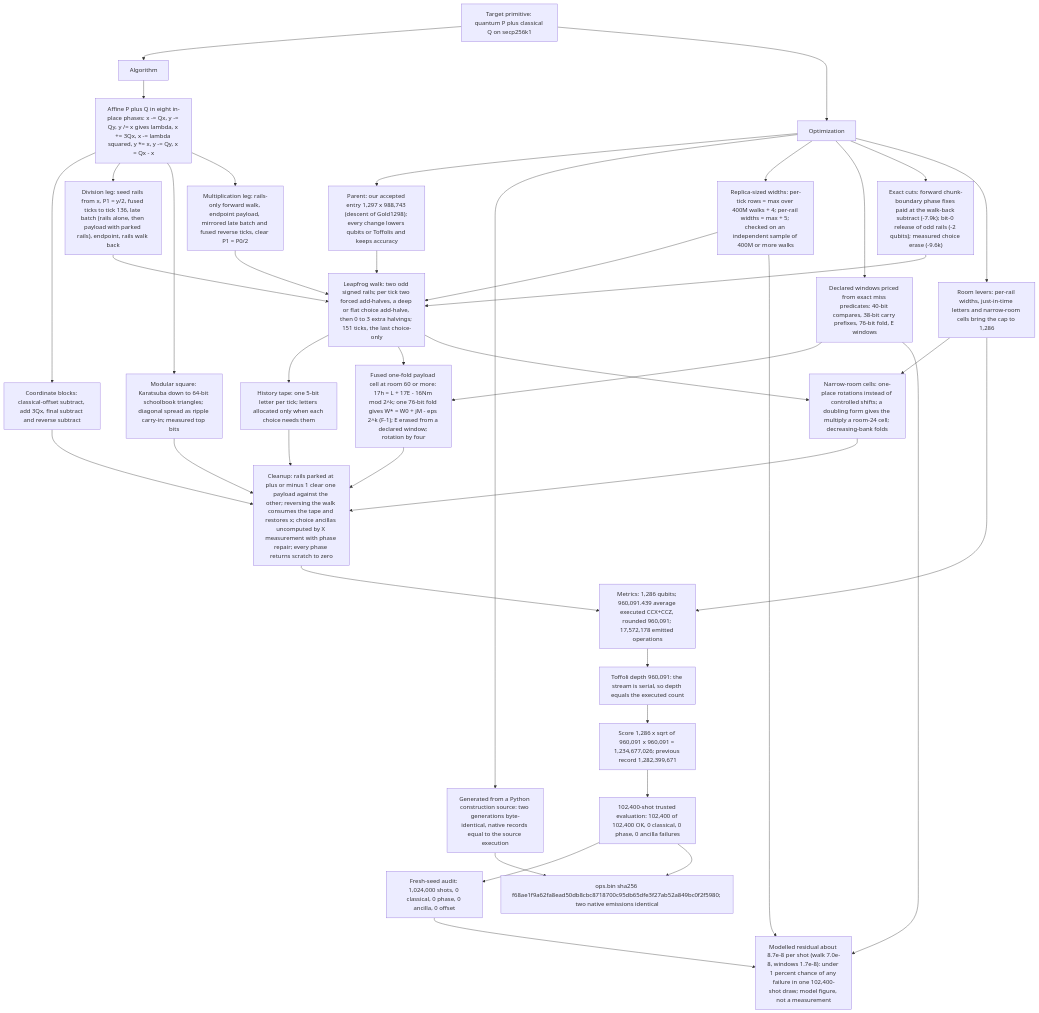
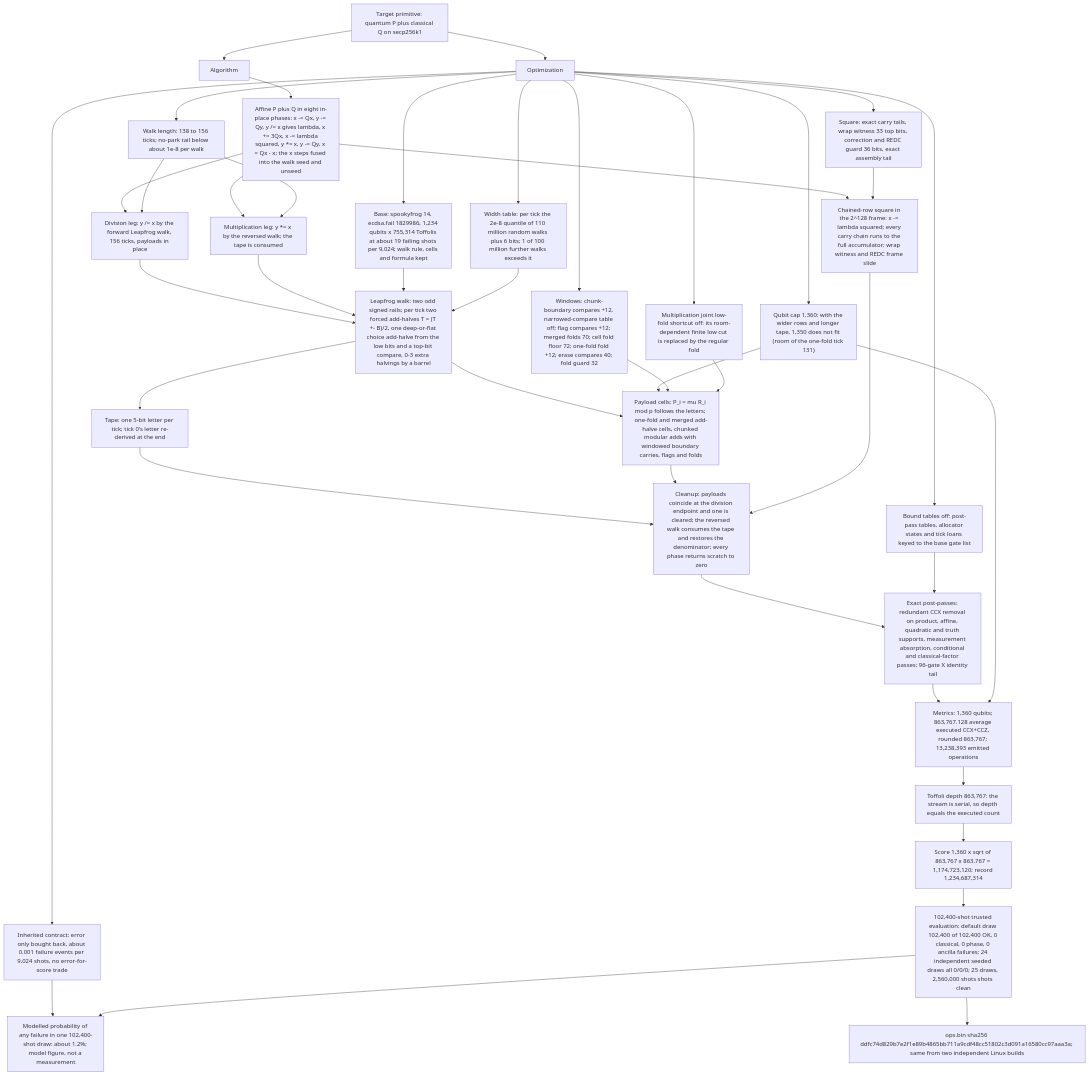
Before and after one commit to ecdlp-contest/ecdlp-point-add: the diagram in src/point_add/architecture.mmd, drawn with Mermaid. The commit also changed 155 other files, not shown here.

```diff
--- a/src/point_add/architecture.mmd
+++ b/src/point_add/architecture.mmd
@@ -1,76 +1,78 @@
 flowchart TD
   Target["Target primitive: quantum P plus classical Q on secp256k1"]
   Algorithm["Algorithm"]
   Optimization["Optimization"]
 
   Target --> Algorithm
   Target --> Optimization
 
   %% Algorithm: the reversible point-add construction
-  Phases["Affine P plus Q in eight in-place phases: x -= Qx, y -= Qy, y /= x gives lambda, x += 3Qx, x -= lambda squared, y *= x, y -= Qy, x = Qx - x"]
-  Coord["Coordinate blocks: classical-offset subtract, add 3Qx, final subtract and reverse subtract"]
-  Square["Modular square: Karatsuba down to 64-bit schoolbook triangles; diagonal spread as ripple carry-in; measured top bits"]
-  DivLeg["Division leg: seed rails from x, P1 = y/2, fused ticks to tick 136, late batch (rails alone, then payload with parked rails), endpoint, rails walk back"]
-  MulLeg["Multiplication leg: rails-only forward walk, endpoint payload, mirrored late batch and fused reverse ticks, clear P1 = P0/2"]
-  Walk["Leapfrog walk: two odd signed rails; per tick two forced add-halves, a deep or flat choice add-halve, then 0 to 3 extra halvings; 151 ticks, the last choice-only"]
-  Tape["History tape: one 5-bit letter per tick; letters allocated only when each choice needs them"]
-  Fused["Fused one-fold payload cell at room 60 or more: 17h = L + 17E - 16Nm mod 2^k; one 76-bit fold gives W* = W0 + jM - eps 2^k (F-1); E erased from a declared window; rotation by four"]
-  Narrow["Narrow-room cells: one-place rotations instead of controlled shifts; a doubling form gives the multiply a room-24 cell; decreasing-bank folds"]
-  Cleanup["Cleanup: rails parked at plus or minus 1 clear one payload against the other; reversing the walk consumes the tape and restores x; choice ancillas uncomputed by X measurement with phase repair; every phase returns scratch to zero"]
+  Phases["Affine P plus Q in eight in-place phases: x -= Qx, y -= Qy, y /= x gives lambda, x += 3Qx, x -= lambda squared, y *= x, y -= Qy, x = Qx - x; the x steps fused into the walk seed and unseed"]
+  DivLeg["Division leg: y /= x by the forward Leapfrog walk, 156 ticks, payloads in place"]
+  Square["Chained-row square in the 2^128 frame: x -= lambda squared; every carry chain runs to the full accumulator; wrap witness and REDC frame slide"]
+  MulLeg["Multiplication leg: y *= x by the reversed walk; the tape is consumed"]
+  Walk["Leapfrog walk: two odd signed rails; per tick two forced add-halves T = (T +- B)/2, one deep-or-flat choice add-halve from the low bits and a top-bit compare, 0-3 extra halvings by a barrel"]
+  Tape["Tape: one 5-bit letter per tick; tick 0's letter re-derived at the end"]
+  Cells["Payload cells: P_i = mu R_i mod p follows the letters; one-fold and merged add-halve cells, chunked modular adds with windowed boundary carries, flags and folds"]
+  Cleanup["Cleanup: payloads coincide at the division endpoint and one is cleared; the reversed walk consumes the tape and restores the denominator; every phase returns scratch to zero"]
+  Post["Exact post-passes: redundant CCX removal on product, affine, quadratic and truth supports, measurement absorption, conditional and classical-factor passes; 96-gate X identity tail"]
 
   Algorithm --> Phases
-  Phases --> Coord
   Phases --> DivLeg
   Phases --> Square
   Phases --> MulLeg
   DivLeg --> Walk
   MulLeg --> Walk
   Walk --> Tape
-  Walk --> Fused
-  Walk --> Narrow
+  Walk --> Cells
   Tape --> Cleanup
-  Fused --> Cleanup
-  Narrow --> Cleanup
-  Coord --> Cleanup
+  Cells --> Cleanup
   Square --> Cleanup
+  Cleanup --> Post
 
   %% Optimization: score and reliability decisions
-  Parent["Parent: our accepted entry 1,297 x 988,743 (descent of Gold1298); every change lowers qubits or Toffolis and keeps accuracy"]
-  Source["Generated from a Python construction source: two generations byte-identical, native records equal to the source execution"]
-  Rows["Replica-sized widths: per-tick rows = max over 400M walks + 4; per-rail widths = max + 5; checked on an independent sample of 400M or more walks"]
-  Windows["Declared windows priced from exact miss predicates: 40-bit compares, 38-bit carry prefixes, 76-bit fold, E windows"]
-  Exact["Exact cuts: forward chunk-boundary phase fixes paid at the walk-back subtract (-7.9k); bit-0 release of odd rails (-2 qubits); measured choice erase (-9.6k)"]
-  Room["Room levers: per-rail widths, just-in-time letters and narrow-room cells bring the cap to 1,286"]
+  Base["Base: spookyfrog 14, ecdsa.fail 1829986, 1,234 qubits x 755,314 Toffolis at about 19 failing shots per 9,024; walk rule, cells and formula kept"]
+  Length["Walk length: 138 to 156 ticks; no-park tail below about 1e-8 per walk"]
+  Widths["Width table: per tick the 2e-8 quantile of 110 million random walks plus 6 bits; 1 of 100 million further walks exceeds it"]
+  Cap["Qubit cap 1,360: with the wider rows and longer tape, 1,350 does not fit (room of the one-fold tick 131)"]
+  Windows["Windows: chunk-boundary compares +12, narrowed-compare table off; flag compares +12; merged folds 70; cell fold floor 72; one-fold fold +12; erase compares 40; fold guard 32"]
+  SqExact["Square: exact carry tails, wrap witness 33 top bits, correction and REDC guard 36 bits, exact assembly tail"]
+  JointOff["Multiplication joint low-fold shortcut off: its room-dependent finite low cut is replaced by the regular fold"]
+  Unbound["Bound tables off: post-pass tables, allocator states and tick loans keyed to the base gate list"]
+  Contract["Inherited contract: error only bought back, about 0.001 failure events per 9,024 shots, no error-for-score trade"]
 
-  Optimization --> Parent
-  Optimization --> Source
-  Optimization --> Rows
+  Optimization --> Base
+  Optimization --> Length
+  Optimization --> Widths
+  Optimization --> Cap
   Optimization --> Windows
-  Optimization --> Exact
-  Optimization --> Room
-  Parent --> Walk
-  Rows --> Walk
-  Windows --> Fused
-  Exact --> Walk
-  Room --> Narrow
+  Optimization --> SqExact
+  Optimization --> JointOff
+  Optimization --> Unbound
+  Optimization --> Contract
+  Base --> Walk
+  Length --> DivLeg
+  Length --> MulLeg
+  Widths --> Walk
+  Cap --> Cells
+  Windows --> Cells
+  SqExact --> Square
+  Unbound --> Post
+  JointOff --> Cells
 
   %% Metrics, depth and validation evidence
-  Metrics["Metrics: 1,286 qubits; 960,091.439 average executed CCX+CCZ, rounded 960,091; 17,572,178 emitted operations"]
-  Depth["Toffoli depth 960,091: the stream is serial, so depth equals the executed count"]
-  Score["Score 1,286 x sqrt of 960,091 x 960,091 = 1,234,677,026; previous record 1,282,399,671"]
-  Validation["102,400-shot trusted evaluation: 102,400 of 102,400 OK, 0 classical, 0 phase, 0 ancilla failures"]
-  Audit["Fresh-seed audit: 1,024,000 shots, 0 classical, 0 phase, 0 ancilla, 0 offset"]
-  Model["Modelled residual about 8.7e-8 per shot (walk 7.0e-8, windows 1.7e-8): under 1 percent chance of any failure in one 102,400-shot draw; model figure, not a measurement"]
-  Artifact["ops.bin sha256 f68ae1f9a62fa8ead50db8cbc8718700c95db65dfe3f27ab52a849bc0f2f5980; two native emissions identical"]
+  Metrics["Metrics: 1,360 qubits; 863,767.128 average executed CCX+CCZ, rounded 863,767; 13,238,393 emitted operations"]
+  Depth["Toffoli depth 863,767: the stream is serial, so depth equals the executed count"]
+  Score["Score 1,360 x sqrt of 863,767 x 863,767 = 1,174,723,120; record 1,234,687,314"]
+  Validation["102,400-shot trusted evaluation: default draw 102,400 of 102,400 OK, 0 classical, 0 phase, 0 ancilla failures; 24 independent seeded draws all 0/0/0; 25 draws, 2,560,000 shots shots clean"]
+  Model["Modelled probability of any failure in one 102,400-shot draw: about 1.2%; model figure, not a measurement"]
+  Artifact["ops.bin sha256 ddfc74d829b7e2f1e89b4865bb711a9cdf48cc51802c3d091a16580cc97aaa3a; same from two independent Linux builds"]
 
-  Cleanup --> Metrics
-  Room --> Metrics
+  Post --> Metrics
+  Cap --> Metrics
   Metrics --> Depth
   Depth --> Score
   Score --> Validation
-  Validation --> Audit
-  Rows --> Model
-  Windows --> Model
-  Audit --> Model
+  Contract --> Model
+  Validation --> Model
   Validation --> Artifact
-  Source --> Artifact
```
